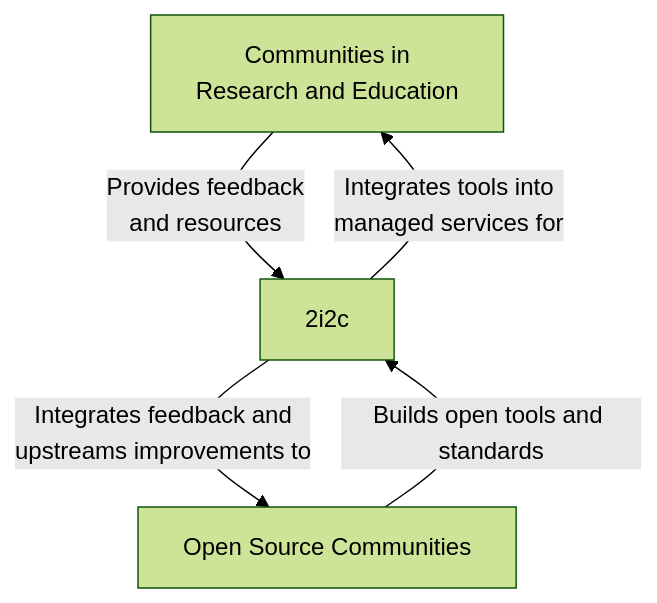
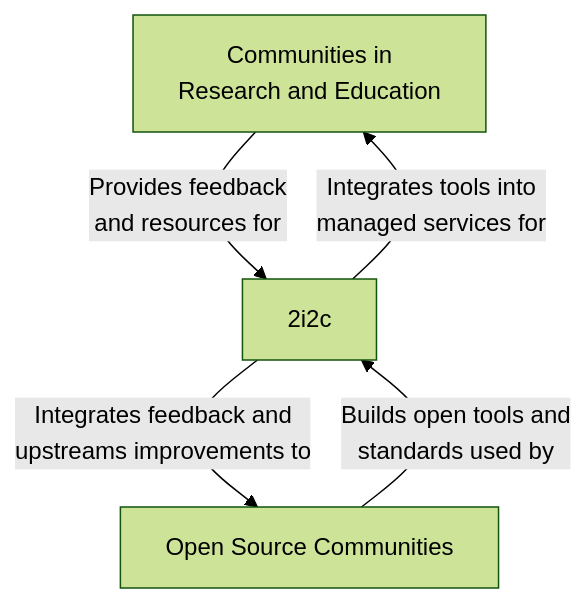
One commit to 2i2c-org/2i2c-org.github.io changed the diagram in content/blog/2022/strategic-update/index.md. Above: the diagram before and after it, drawn with Mermaid (forest theme). The commit also changed other lines of this file, not shown here.

````diff
--- a/content/blog/2022/strategic-update/index.md
+++ b/content/blog/2022/strategic-update/index.md
@@ -161,9 +166,9 @@
 ```mermaid
 flowchart TD
   RE[Communities in <br /> Research and Education]
   OS[Open Source Communities]
-  OS -- Builds open tools and standards --> 2i2c
+  OS -- Builds open tools and <br /> standards used by --> 2i2c
   2i2c -- Integrates tools into <br /> managed services for --> RE
   2i2c -- Integrates feedback and <br /> upstreams improvements to --> OS
-  RE -- Provides feedback <br /> and resources --> 2i2c
+  RE -- Provides feedback <br /> and resources for --> 2i2c
 ```
````
